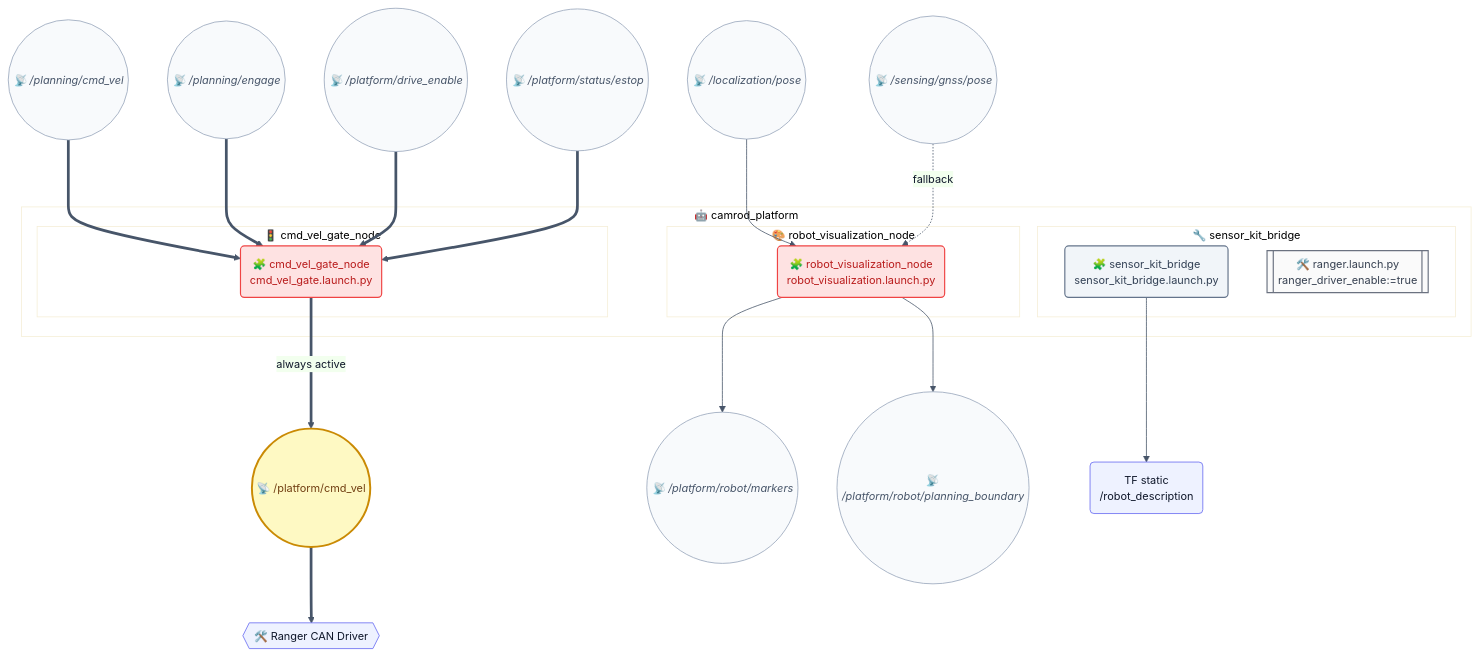
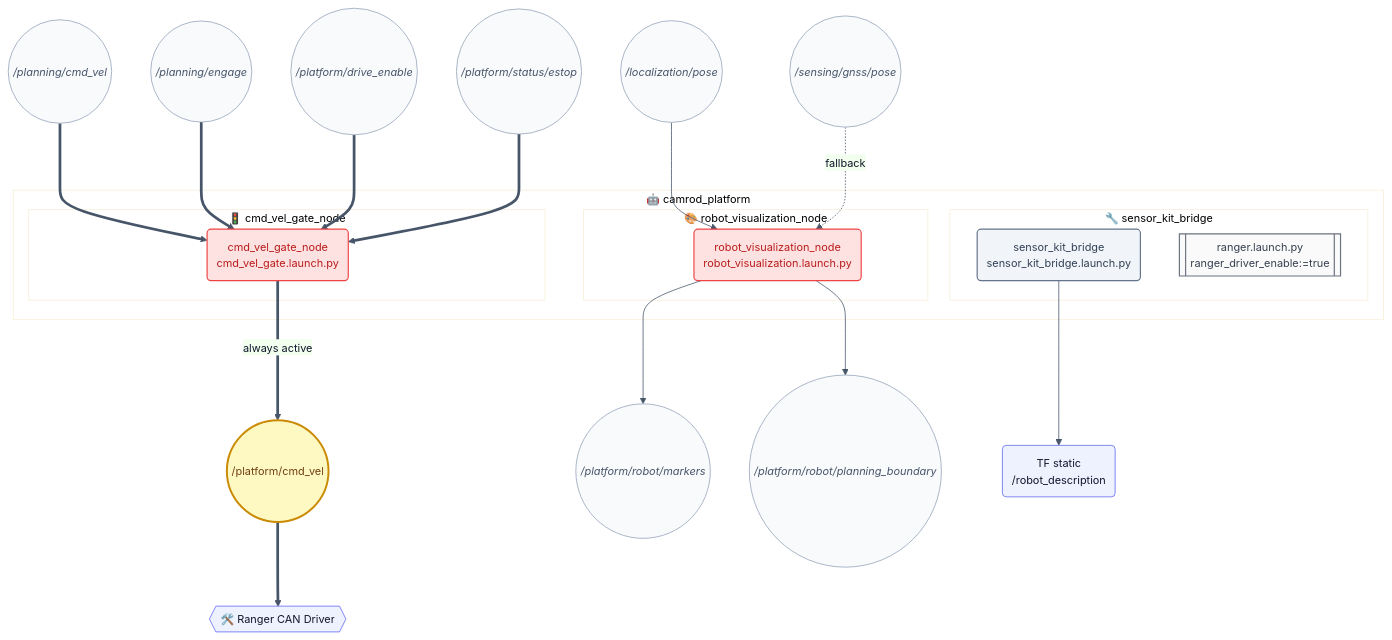
One commit to hwanhonglee/CAMROD changed the second of 3 diagrams in camrod_platform/README.md. Above: the diagram before and after it, drawn with Mermaid. The commit also changed other lines of this file and 11 other files, not shown here.

First line of the commit message:
docs: fix Mermaid syntax errors and reduce emoji overuse in all READMEs

````diff
--- a/camrod_platform/README.md
+++ b/camrod_platform/README.md
@@ -91,49 +91,49 @@
 ```mermaid
 %%{init: {'theme': 'base', 'themeVariables': {'fontFamily': 'ui-sans-serif, system-ui, sans-serif', 'fontSize': '14px', 'primaryColor': '#EEF2FF', 'primaryTextColor': '#0F172A', 'primaryBorderColor': '#6366F1', 'lineColor': '#475569'}, 'flowchart': {'curve': 'basis', 'htmlLabels': true, 'padding': 12}}}%%
 graph TD
   classDef sensing      fill:#ECFEFF,stroke:#06B6D4,stroke-width:1.5px,color:#0E7490;
   classDef localization fill:#ECFDF5,stroke:#10B981,stroke-width:1.5px,color:#047857;
   classDef planning     fill:#EEF2FF,stroke:#6366F1,stroke-width:1.5px,color:#4338CA;
   classDef platform     fill:#FEE2E2,stroke:#EF4444,stroke-width:1.5px,color:#B91C1C;
   classDef system       fill:#F1F5F9,stroke:#64748B,stroke-width:1.5px,color:#334155;
   classDef hardware     fill:#FAFAFA,stroke:#6B7280,stroke-width:1.5px,color:#374151;
   classDef highlight    fill:#FEF9C3,stroke:#CA8A04,stroke-width:2.5px,color:#713F12;
   classDef topic        fill:#F8FAFC,stroke:#94A3B8,stroke-width:1px,color:#475569,font-style:italic;
 
-  PLAN_IN((📡 /planning/cmd_vel)) ==> GATE
-  ENGAGE((📡 /planning/engage)) ==> GATE
-  DRIVE_EN((📡 /platform/drive_enable)) ==> GATE
-  ESTOP((📡 /platform/status/estop)) ==> GATE
+  PLAN_IN((/planning/cmd_vel)) ==> GATE
+  ENGAGE((/planning/engage)) ==> GATE
+  DRIVE_EN((/platform/drive_enable)) ==> GATE
+  ESTOP((/platform/status/estop)) ==> GATE
 
   subgraph PLAT_PKG [🤖 camrod_platform]
     subgraph GATE_SG [🚦 cmd_vel_gate_node]
-      GATE(🧩 cmd_vel_gate_node\ncmd_vel_gate.launch.py)
+      GATE(cmd_vel_gate_node\ncmd_vel_gate.launch.py)
     end
 
     subgraph VIZ_SG [🎨 robot_visualization_node]
-      VIZ(🧩 robot_visualization_node\nrobot_visualization.launch.py)
+      VIZ(robot_visualization_node\nrobot_visualization.launch.py)
     end
 
     subgraph BRIDGE_SG [🔧 sensor_kit_bridge]
-      BRIDGE(🧩 sensor_kit_bridge\nsensor_kit_bridge.launch.py)
-      RANGER[[🛠️ ranger.launch.py\nranger_driver_enable:=true]]
+      BRIDGE(sensor_kit_bridge\nsensor_kit_bridge.launch.py)
+      RANGER[[ranger.launch.py\nranger_driver_enable:=true]]
     end
   end
 
-  GATE ==>|always active| CMDVEL_OUT((📡 /platform/cmd_vel))
+  GATE ==>|always active| CMDVEL_OUT((/platform/cmd_vel))
   CMDVEL_OUT ==> HW{{🛠️ Ranger CAN Driver}}
 
-  LOCPOSE((📡 /localization/pose)) --> VIZ
-  GNSSPOSE((📡 /sensing/gnss/pose)) -.->|fallback| VIZ
-  VIZ --> MARKERS((📡 /platform/robot/markers))
-  VIZ --> BOUNDARY((📡 /platform/robot/planning_boundary))
+  LOCPOSE((/localization/pose)) --> VIZ
+  GNSSPOSE((/sensing/gnss/pose)) -.->|fallback| VIZ
+  VIZ --> MARKERS((/platform/robot/markers))
+  VIZ --> BOUNDARY((/platform/robot/planning_boundary))
 
   BRIDGE --> TF(TF static\n/robot_description)
 
   class GATE platform
   class VIZ platform
   class BRIDGE system
   class RANGER hardware
   class CMDVEL_OUT highlight
   class PLAN_IN,ENGAGE,DRIVE_EN,ESTOP,LOCPOSE,GNSSPOSE,MARKERS,BOUNDARY topic
 ```
````
